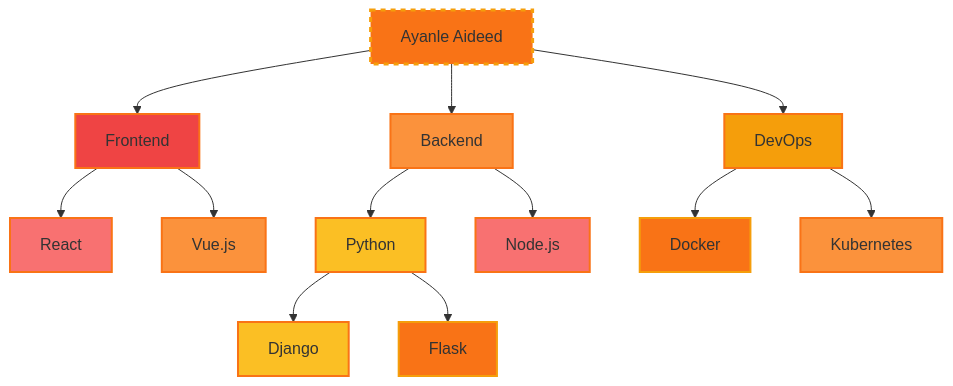
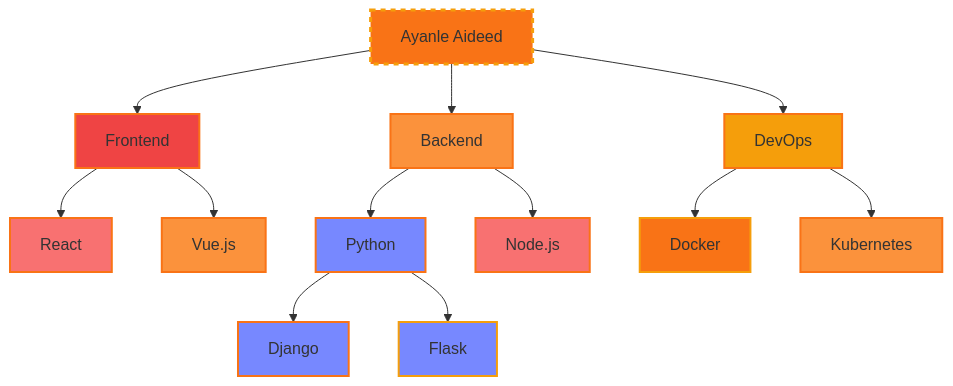
The diagram in README.md (Ayanleaideed/Ayanleaideed), drawn with Mermaid before and after one commit. The commit also changed other lines of this file, not shown here.

````diff
--- a/README.md
+++ b/README.md
@@ -93,26 +166,26 @@
 ```mermaid
 graph TD
       A[Ayanle Aideed] --> B[Frontend]
       A --> C[Backend]
       A --> D[DevOps]
       B --> E[React]
       B --> F[Vue.js]
       C --> G[Python]
       C --> H[Node.js]
       D --> I[Docker]
       D --> J[Kubernetes]
       G --> L[Django]
       G --> M[Flask]
       style A fill:#F97316,stroke:#F59E0B,stroke-width:3px,stroke-dasharray: 5 5
       style B fill:#EF4444,stroke:#F97316,stroke-width:2px
       style C fill:#FB923C,stroke:#F97316,stroke-width:2px
       style D fill:#F59E0B,stroke:#F97316,stroke-width:2px
       style E fill:#F87171,stroke:#F97316,stroke-width:2px
       style F fill:#FB923C,stroke:#F97316,stroke-width:2px
-      style G fill:#FBBF24,stroke:#F97316,stroke-width:2px
+      style G fill:#7788ff,stroke:#F97316,stroke-width:2px
       style H fill:#F87171,stroke:#F97316,stroke-width:2px
       style I fill:#F97316,stroke:#F59E0B,stroke-width:2px
       style J fill:#FB923C,stroke:#F97316,stroke-width:2px
-      style L fill:#FBBF24,stroke:#F97316,stroke-width:2px
-      style M fill:#F97316,stroke:#F59E0B,stroke-width:2px
+      style L fill:#7788ff,stroke:#F97316,stroke-width:2px
+      style M fill:#7788ff,stroke:#F59E0B,stroke-width:2px
 ```
````
